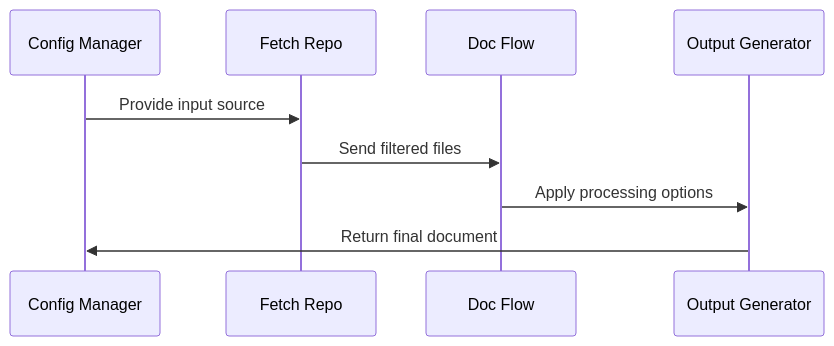
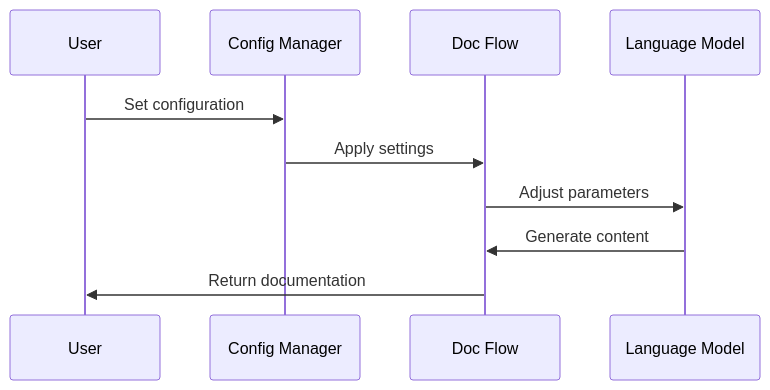
Before and after one commit to dygavieta/NewRepo: the fourth of 9 diagrams in README.md, drawn with Mermaid. The commit also changed other lines of this file, not shown here.

````diff
--- a/README.md
+++ b/README.md
@@ -313,12 +308,13 @@
 ```mermaid
 sequenceDiagram
+    participant User
     participant CM as Config Manager
-    participant FR as Fetch Repo
     participant DF as Doc Flow
-    participant OG as Output Generator
+    participant LLM as Language Model
 
-    CM->>FR: Provide input source
-    FR->>DF: Send filtered files
-    DF->>OG: Apply processing options
-    OG->>CM: Return final document
+    User->>CM: Set configuration
+    CM->>DF: Apply settings
+    DF->>LLM: Adjust parameters
+    LLM->>DF: Generate content
+    DF->>User: Return documentation
 ```
````
